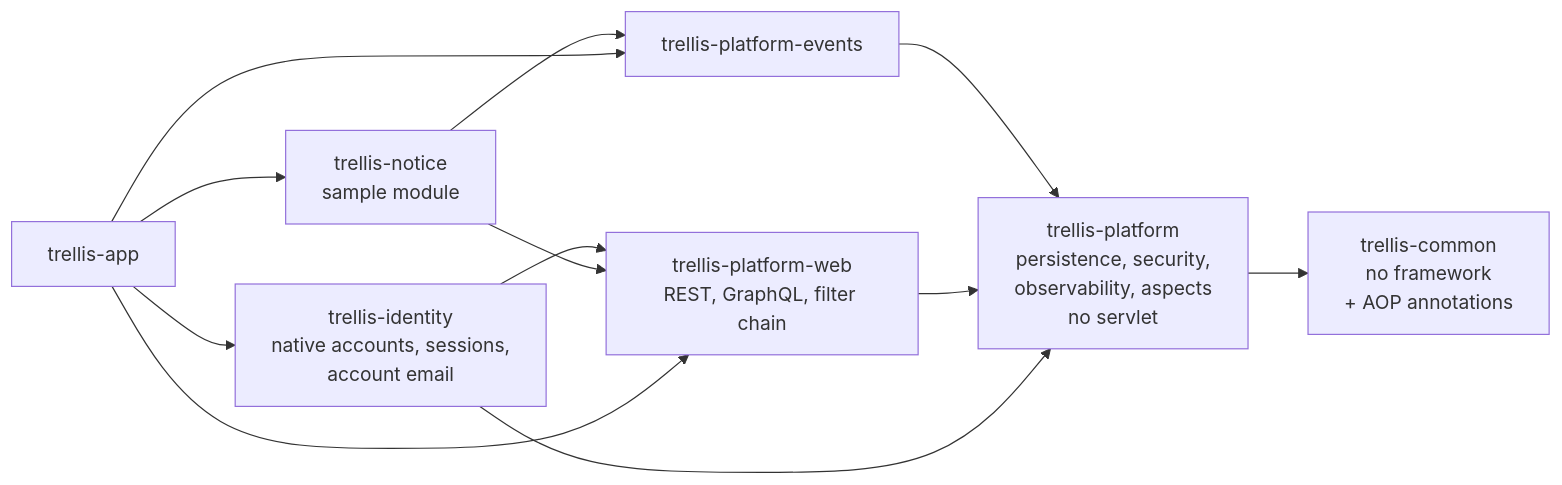
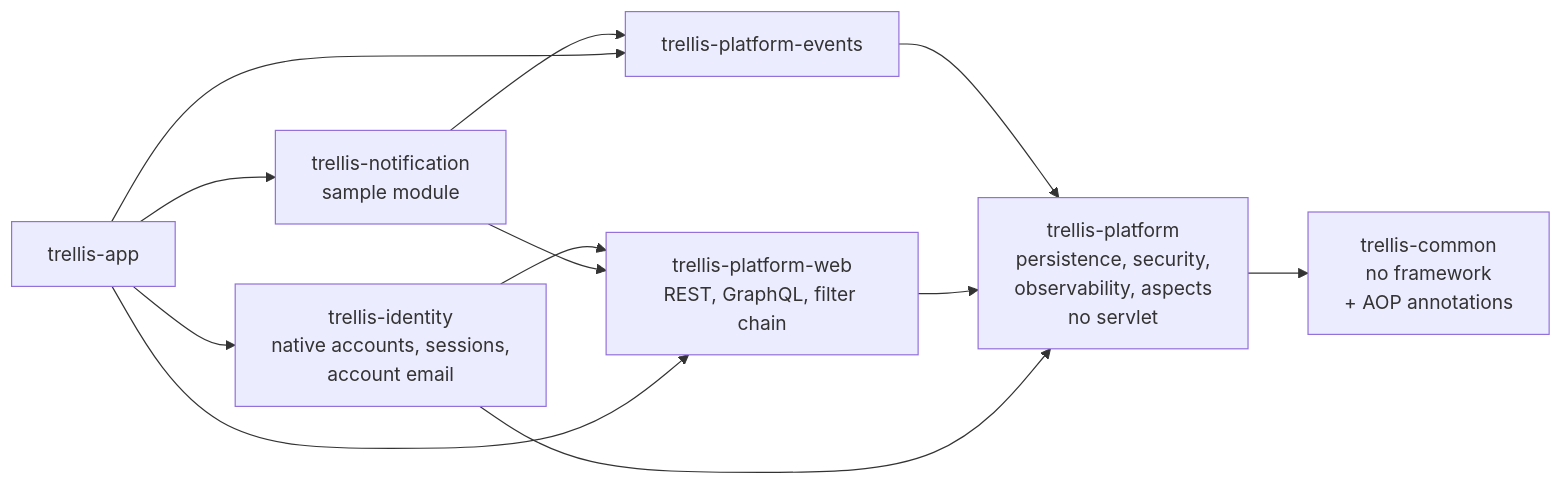
Before and after one commit to tama-nguyen/trellis-backend: the first of 3 diagrams in docs/architecture/backend.md, drawn with Mermaid. The commit also changed other lines of this file and 189 other files, not shown here.

First line of the commit message:
refactor(notification)!: rename the sample notice module to notification

````diff
--- a/docs/architecture/backend.md
+++ b/docs/architecture/backend.md
@@ -13,16 +13,16 @@
 ```mermaid
 flowchart LR
   common[trellis-common<br/>no framework<br/>+ AOP annotations]
   platform[trellis-platform<br/>persistence, security,<br/>observability, aspects<br/>no servlet]
   events[trellis-platform-events]
   web[trellis-platform-web<br/>REST, GraphQL, filter chain]
   identity[trellis-identity<br/>native accounts, sessions,<br/>account email]
-  notice[trellis-notice<br/>sample module]
+  notification[trellis-notification<br/>sample module]
   app[trellis-app]
   platform --> common
   events --> platform
   web --> platform
   identity --> web & platform
-  notice --> events & web
-  app --> web & events & identity & notice
+  notification --> events & web
+  app --> web & events & identity & notification
 ```
````
